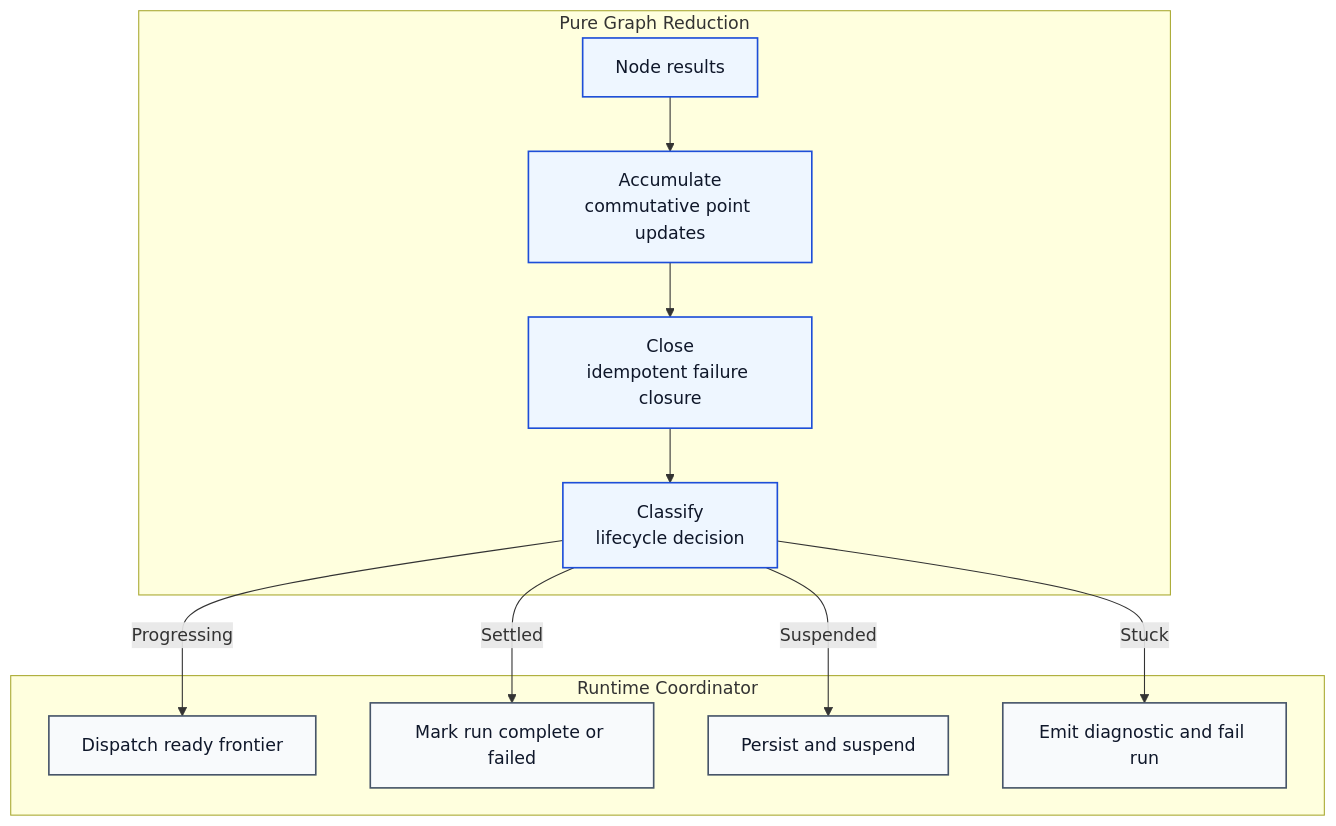
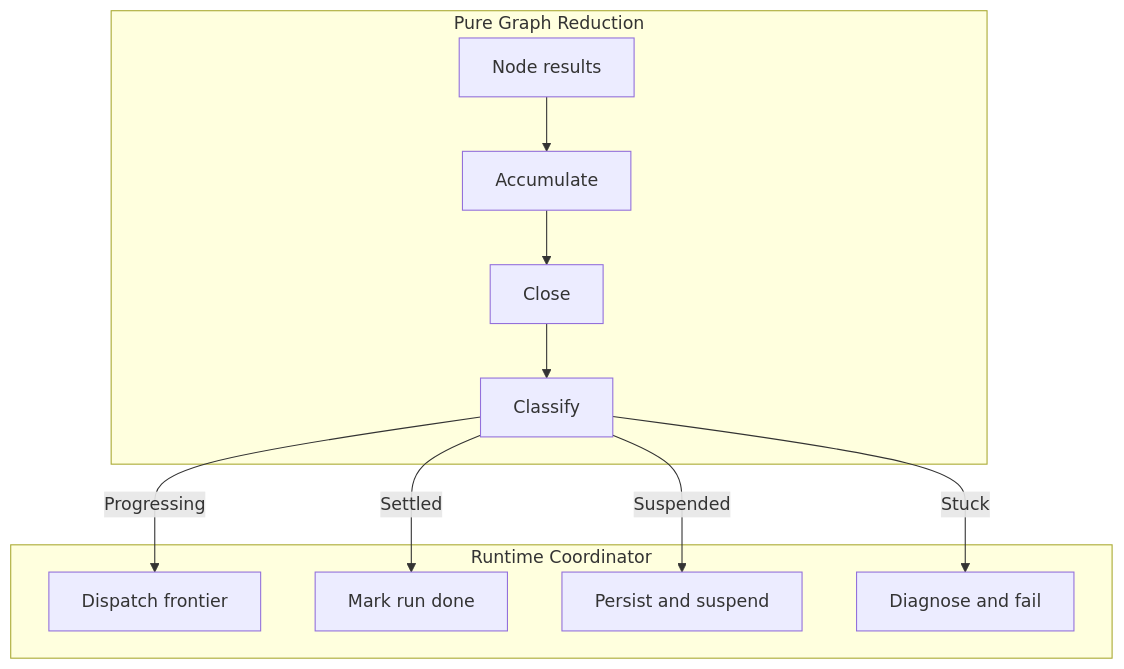
Before and after one commit to Digimuoto/cortex: the diagram in docs/Publications/Paper-1-staged-reduction/Figures/staged-reduction-overview.mmd, drawn with Mermaid. The commit also changed 151 other files, not shown here.

```diff
--- a/docs/Publications/Paper-1-staged-reduction/Figures/staged-reduction-overview.mmd
+++ b/docs/Publications/Paper-1-staged-reduction/Figures/staged-reduction-overview.mmd
@@ -1,25 +1,20 @@
 flowchart TB
   subgraph Pure["Pure Graph Reduction"]
     A["Node results"]
-    B["Accumulate<br/>commutative point updates"]
-    C["Close<br/>idempotent failure closure"]
-    D["Classify<br/>lifecycle decision"]
+    B["Accumulate"]
+    C["Close"]
+    D["Classify"]
     A --> B --> C --> D
   end
 
   subgraph Runtime["Runtime Coordinator"]
-    E["Dispatch ready frontier"]
-    F["Mark run complete or failed"]
+    E["Dispatch frontier"]
+    F["Mark run done"]
     G["Persist and suspend"]
-    H["Emit diagnostic and fail run"]
+    H["Diagnose and fail"]
   end
 
   D -->|Progressing| E
   D -->|Settled| F
   D -->|Suspended| G
   D -->|Stuck| H
-
-  classDef pure fill:#eef6ff,stroke:#1d4ed8,color:#0f172a,stroke-width:1.5px;
-  classDef runtime fill:#f8fafc,stroke:#475569,color:#0f172a,stroke-width:1.5px;
-  class A,B,C,D pure;
-  class E,F,G,H runtime;
```
